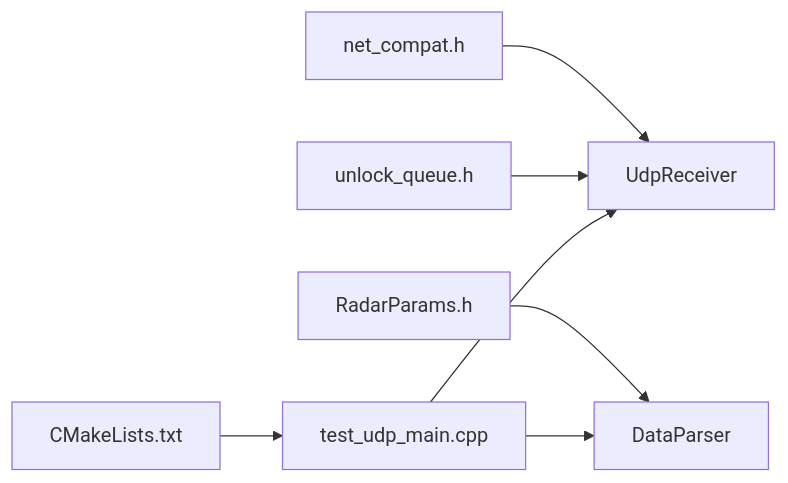
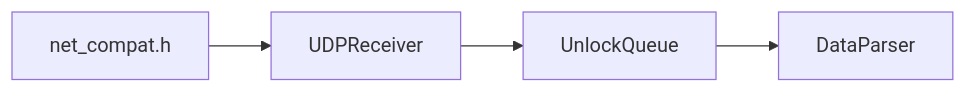
One commit to Lukad77/awr1843-radar-toolkit changed the sixth of 6 diagrams in .qoder/repowiki/zh/content/网络数据链路与解析/网络数据链路与解析.md. Above: the diagram before and after it, drawn with Mermaid. The commit also changed other lines of this file and 106 other files, not shown here.

````diff
--- a/.qoder/repowiki/zh/content/网络数据链路与解析/网络数据链路与解析.md
+++ b/.qoder/repowiki/zh/content/网络数据链路与解析/网络数据链路与解析.md
@@ -224,9 +199,6 @@
 ```mermaid
 graph LR
-Net["net_compat.h"] --> UDR["UdpReceiver"]
-UQ["unlock_queue.h"] --> UDR
-RP["RadarParams.h"] --> DP["DataParser"]
-TUM["test_udp_main.cpp"] --> UDR
-TUM --> DP
-CM["CMakeLists.txt"] --> TUM
+Net["net_compat.h"] --> RX["UDPReceiver"]
+RX --> Q["UnlockQueue"]
+Q --> P["DataParser"]
 ```
````
